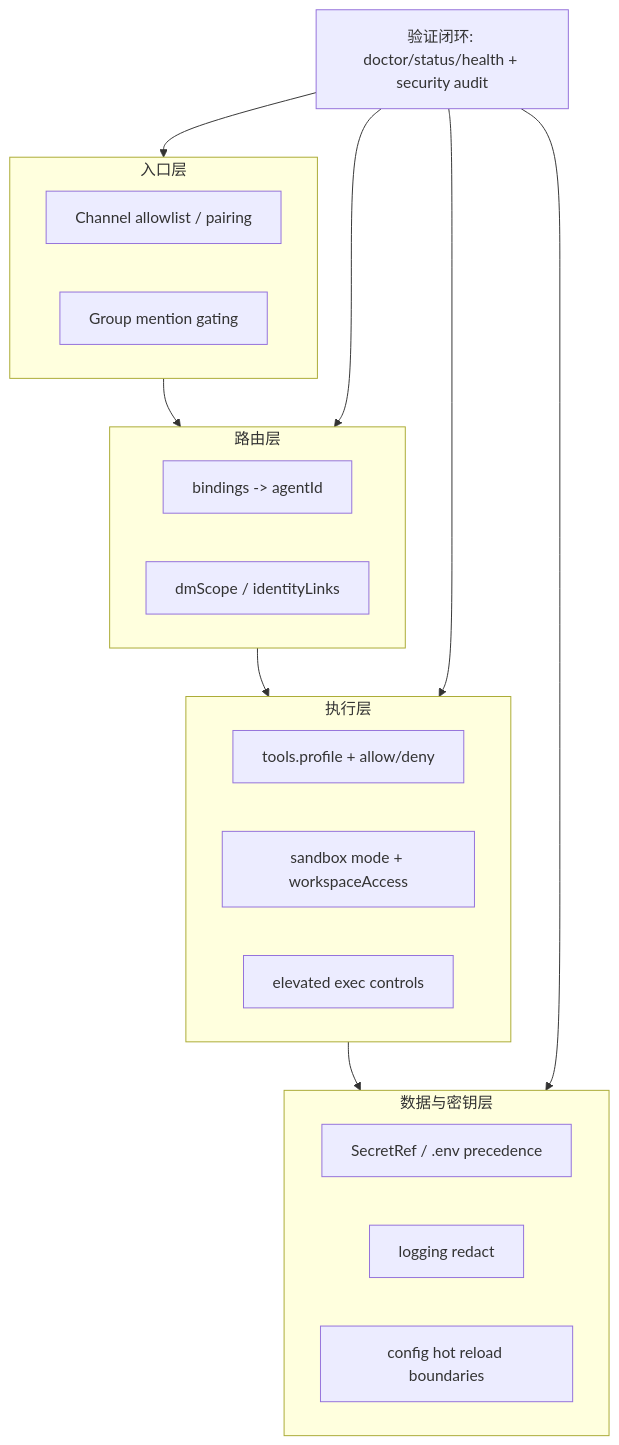
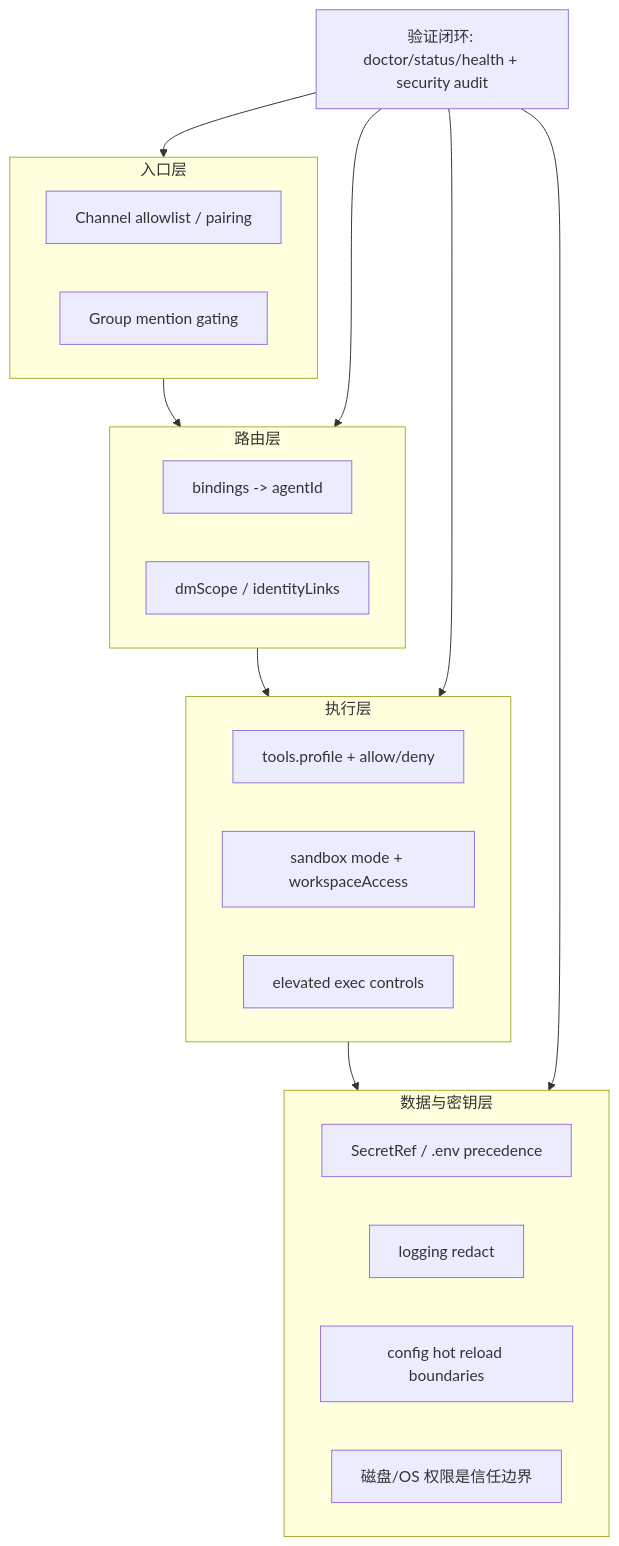
Before and after one commit to yeasy/openclaw_guide: the diagram in 08_automation_ops/8.4_security_baseline.md, drawn with Mermaid. The commit also changed other lines of this file and 43 other files, not shown here.

````diff
--- a/08_automation_ops/8.4_security_baseline.md
+++ b/08_automation_ops/8.4_security_baseline.md
@@ -18,28 +18,29 @@
 ```mermaid
 flowchart TB
   subgraph L1["入口层"]
     A1["Channel allowlist / pairing"]
     A2["Group mention gating"]
   end
   subgraph L2["路由层"]
     B1["bindings -> agentId"]
     B2["dmScope / identityLinks"]
   end
   subgraph L3["执行层"]
     C1["tools.profile + allow/deny"]
     C2["sandbox mode + workspaceAccess"]
     C3["elevated exec controls"]
   end
   subgraph L4["数据与密钥层"]
     D1["SecretRef / .env precedence"]
     D2["logging redact"]
     D3["config hot reload boundaries"]
+    D4["磁盘/OS 权限是信任边界"]
   end
 
   L1 --> L2 --> L3 --> L4
 
   V["验证闭环: doctor/status/health + security audit"] --> L1
   V --> L2
   V --> L3
   V --> L4
 ```
````
